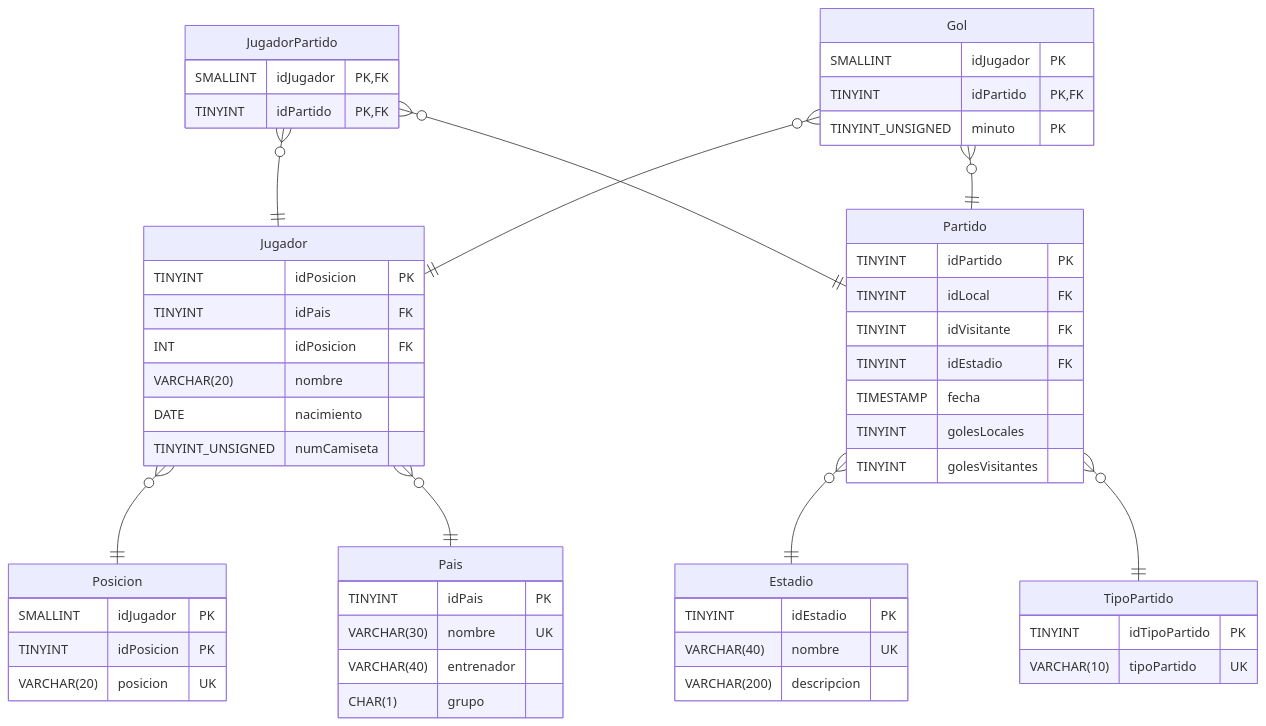
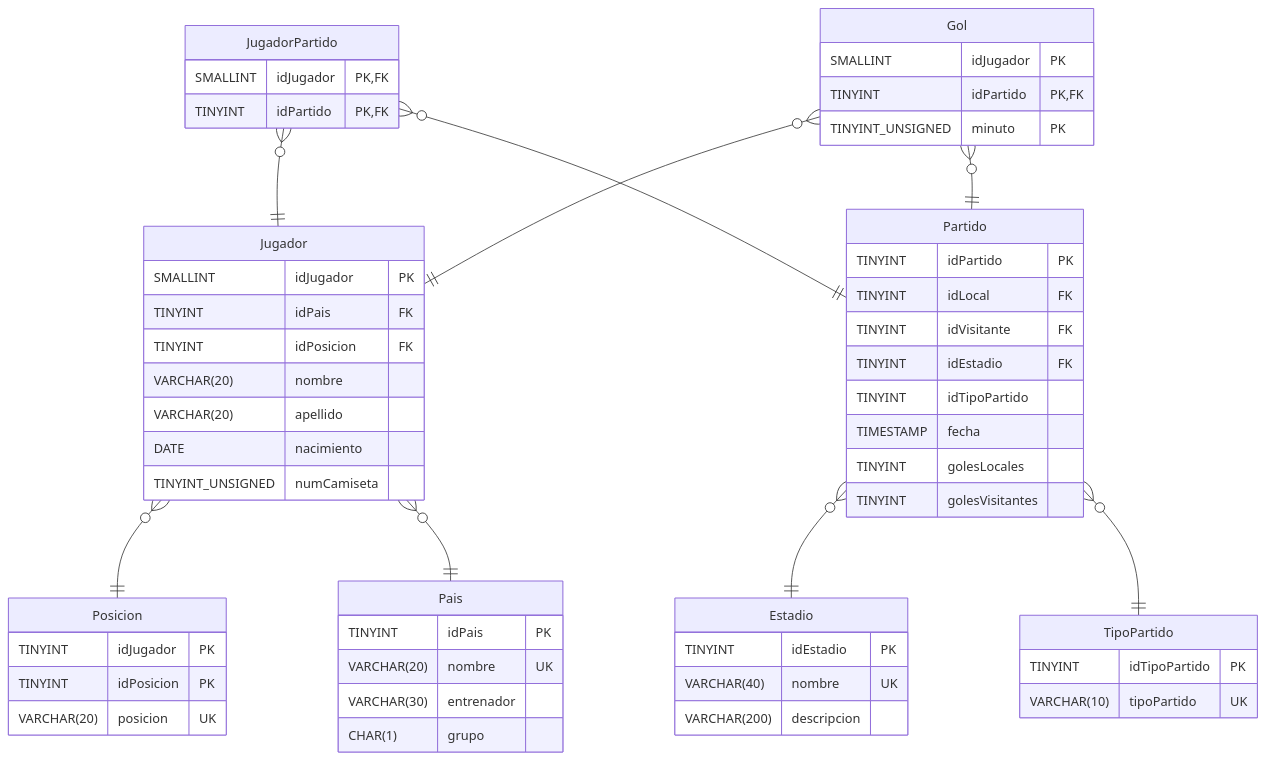
Before and after one commit to PasandiLuka/BD-Mundial22: the diagram in README.md, drawn with Mermaid. The commit also changed 2 other files, not shown here.

Commit message:
Agregado Uruguay

````diff
--- a/README.md
+++ b/README.md
@@ -6,60 +6,62 @@
 ```mermaid
 erDiagram
-    Pais{
+    Pais{   
         TINYINT idPais PK
-        VARCHAR(30) nombre UK
-        VARCHAR(40) entrenador
+        VARCHAR(20) nombre UK
+        VARCHAR(30) entrenador
         CHAR(1) grupo
     }
     Estadio{
         TINYINT idEstadio PK
         VARCHAR(40) nombre UK
         VARCHAR(200) descripcion
     }
     TipoPartido{
         TINYINT idTipoPartido PK
         VARCHAR(10) tipoPartido UK
     }
     Partido{
         TINYINT idPartido PK
         TINYINT idLocal FK
         TINYINT idVisitante FK
         TINYINT idEstadio FK
+        TINYINT idTipoPartido
         TIMESTAMP fecha
         TINYINT golesLocales
         TINYINT golesVisitantes
     }
     Posicion{
-        SMALLINT idJugador PK
+        TINYINT idJugador PK
         TINYINT idPosicion PK
         VARCHAR(20) posicion UK
     }
     Jugador{
-        TINYINT idPosicion PK
+        SMALLINT idJugador PK
         TINYINT idPais FK
-        INT idPosicion FK
-        VARCHAR(20) nombre 
+        TINYINT idPosicion FK
+        VARCHAR(20) nombre
+        VARCHAR(20) apellido
         DATE nacimiento 
         TINYINT_UNSIGNED numCamiseta
     }
     JugadorPartido{
         SMALLINT idJugador PK, FK
         TINYINT idPartido PK, FK
     }
     Gol{
         SMALLINT idJugador PK
         TINYINT idPartido PK, FK
         TINYINT_UNSIGNED minuto PK
     }
 
     Jugador }o--|| Posicion :""
     Jugador }o--|| Pais :""
     Partido }o--|| Estadio :""
     Partido }o--|| TipoPartido :""
     JugadorPartido }o--|| Jugador :""
     JugadorPartido }o--|| Partido :""
     Gol }o--|| Jugador :""
     Gol }o--|| Partido :""
 
 
 ```
````
